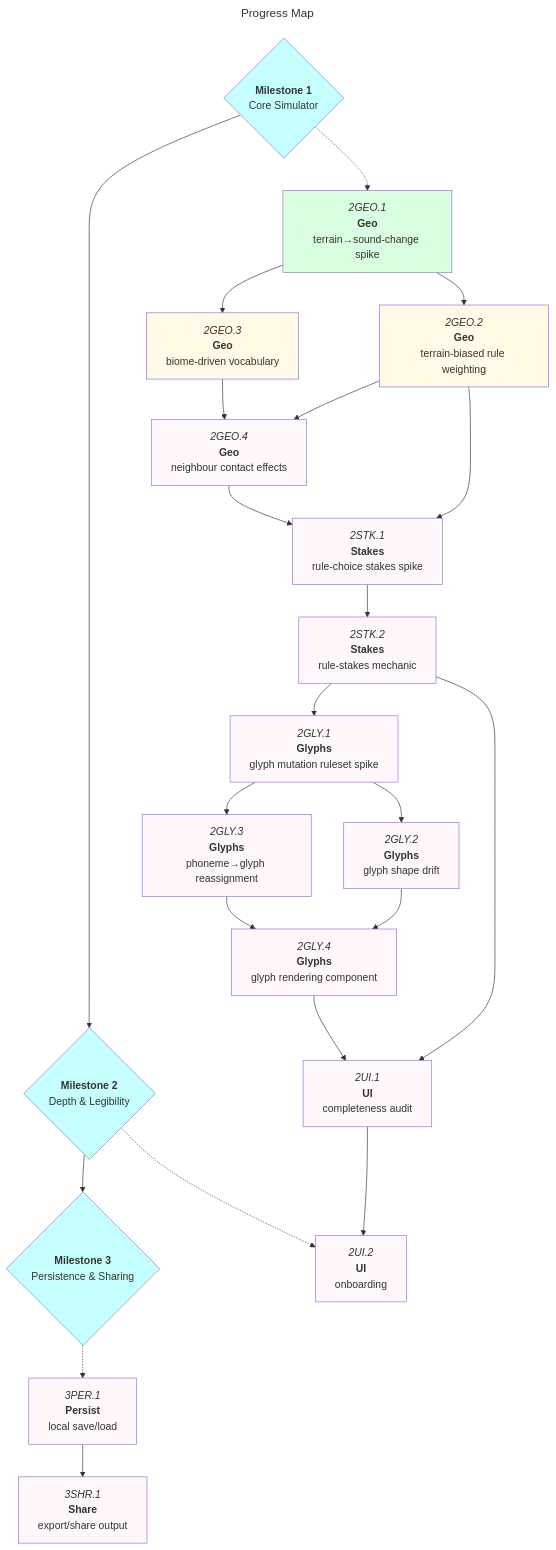
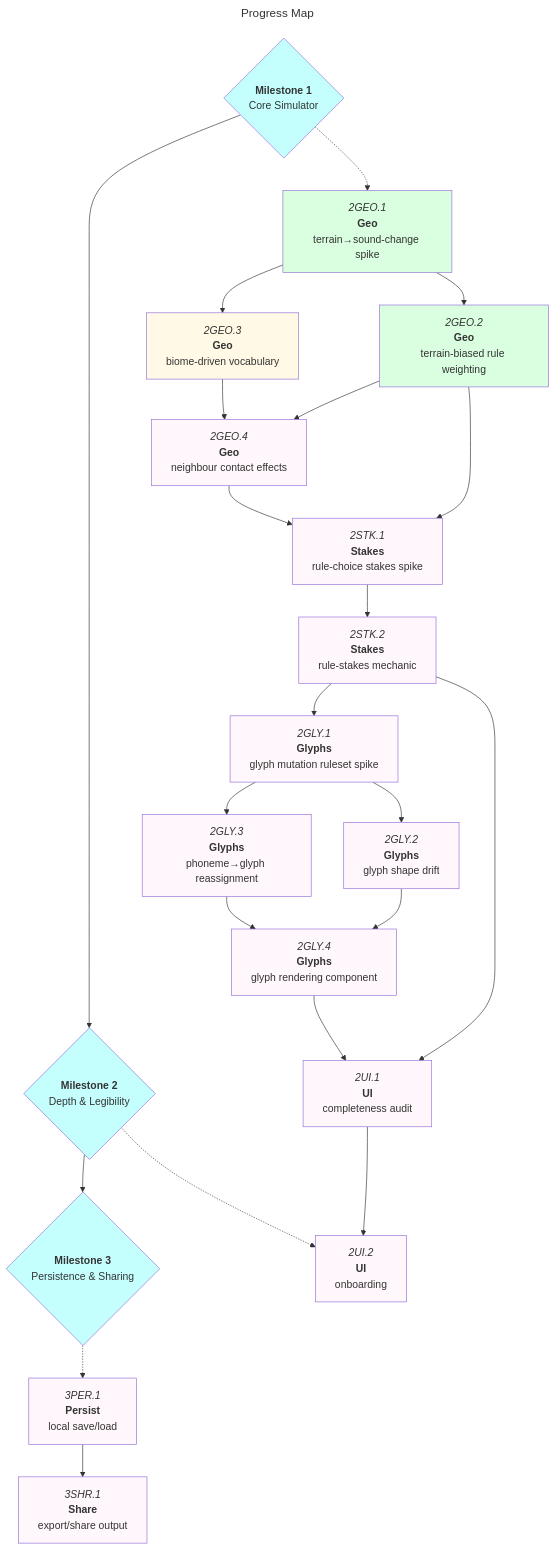
One commit to JasonWarrenUK/the-tongue changed the diagram in docs/roadmaps/mvp.md. Above: the diagram before and after it, drawn with Mermaid. The commit also changed other lines of this file and 10 other files, not shown here.

````diff
--- a/docs/roadmaps/mvp.md
+++ b/docs/roadmaps/mvp.md
@@ -93,55 +93,55 @@
 ```mermaid
 ---
 title: Progress Map
 ---
 graph TD
 
 m1{"`**Milestone 1**<br/>Core Simulator`"}:::mile
 m2{"`**Milestone 2**<br/>Depth & Legibility`"}:::mile
 m3{"`**Milestone 3**<br/>Persistence & Sharing`"}:::mile
 
 m1 --> m2
 m2 --> m3
 
 2GEO.1["`*2GEO.1*<br/>**Geo**<br/>terrain→sound-change spike`"]:::done
-2GEO.2["`*2GEO.2*<br/>**Geo**<br/>terrain-biased rule weighting`"]:::open
+2GEO.2["`*2GEO.2*<br/>**Geo**<br/>terrain-biased rule weighting`"]:::done
 2GEO.3["`*2GEO.3*<br/>**Geo**<br/>biome-driven vocabulary`"]:::open
 2GEO.4["`*2GEO.4*<br/>**Geo**<br/>neighbour contact effects`"]
 2STK.1["`*2STK.1*<br/>**Stakes**<br/>rule-choice stakes spike`"]
 2STK.2["`*2STK.2*<br/>**Stakes**<br/>rule-stakes mechanic`"]
 2GLY.1["`*2GLY.1*<br/>**Glyphs**<br/>glyph mutation ruleset spike`"]
 2GLY.2["`*2GLY.2*<br/>**Glyphs**<br/>glyph shape drift`"]
 2GLY.3["`*2GLY.3*<br/>**Glyphs**<br/>phoneme→glyph reassignment`"]
 2GLY.4["`*2GLY.4*<br/>**Glyphs**<br/>glyph rendering component`"]
 2UI.1["`*2UI.1*<br/>**UI**<br/>completeness audit`"]
 2UI.2["`*2UI.2*<br/>**UI**<br/>onboarding`"]
 
 3PER.1["`*3PER.1*<br/>**Persist**<br/>local save/load`"]
 3SHR.1["`*3SHR.1*<br/>**Share**<br/>export/share output`"]
 
 2GEO.1 --> 2GEO.2
 2GEO.1 --> 2GEO.3
 2GEO.2 --> 2GEO.4
 2GEO.3 --> 2GEO.4
 2GEO.2 --> 2STK.1
 2GEO.4 --> 2STK.1
 2STK.1 --> 2STK.2
 2STK.2 --> 2GLY.1
 2GLY.1 --> 2GLY.2
 2GLY.1 --> 2GLY.3
 2GLY.2 --> 2GLY.4
 2GLY.3 --> 2GLY.4
 2STK.2 --> 2UI.1
 2GLY.4 --> 2UI.1
 2UI.1 --> 2UI.2
 3PER.1 --> 3SHR.1
 
 m1 -.-> 2GEO.1
 m2 -.-> 2UI.2
 m3 -.-> 3PER.1
 
 classDef default,blocked fill:#fff7fb;
 classDef open fill:#fff9e5;
 classDef done fill:#d9ffe0;
 classDef mile fill:#c4fffe;
 ```
````
